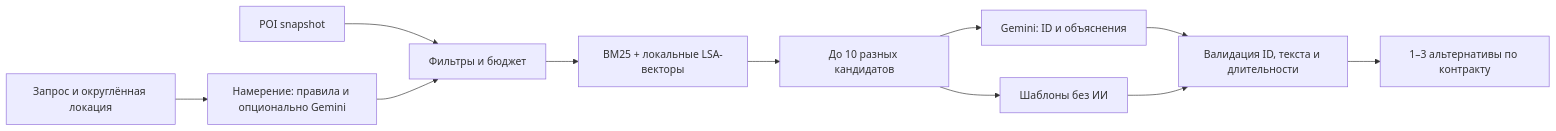
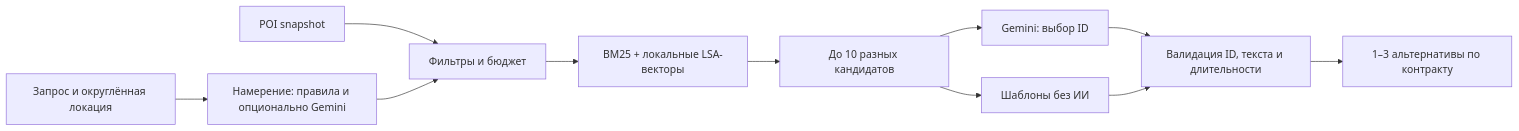
Before and after one commit to utepbergenoff/seruen: the diagram in README.md, drawn with Mermaid. The commit also changed other lines of this file and 18 other files, not shown here.

````diff
--- a/README.md
+++ b/README.md
@@ -70,13 +70,13 @@
 ```mermaid
 flowchart LR
     U[Запрос и округлённая локация] --> I[Намерение: правила и опционально Gemini]
     D[POI snapshot] --> F[Фильтры и бюджет]
     I --> F
     F --> R[BM25 + локальные LSA-векторы]
     R --> G[До 10 разных кандидатов]
-    G --> A[Gemini: ID и объяснения]
+    G --> A[Gemini: выбор ID]
     G --> T[Шаблоны без ИИ]
     A --> V[Валидация ID, текста и длительности]
     T --> V
     V --> O[1–3 альтернативы по контракту]
 ```
````
